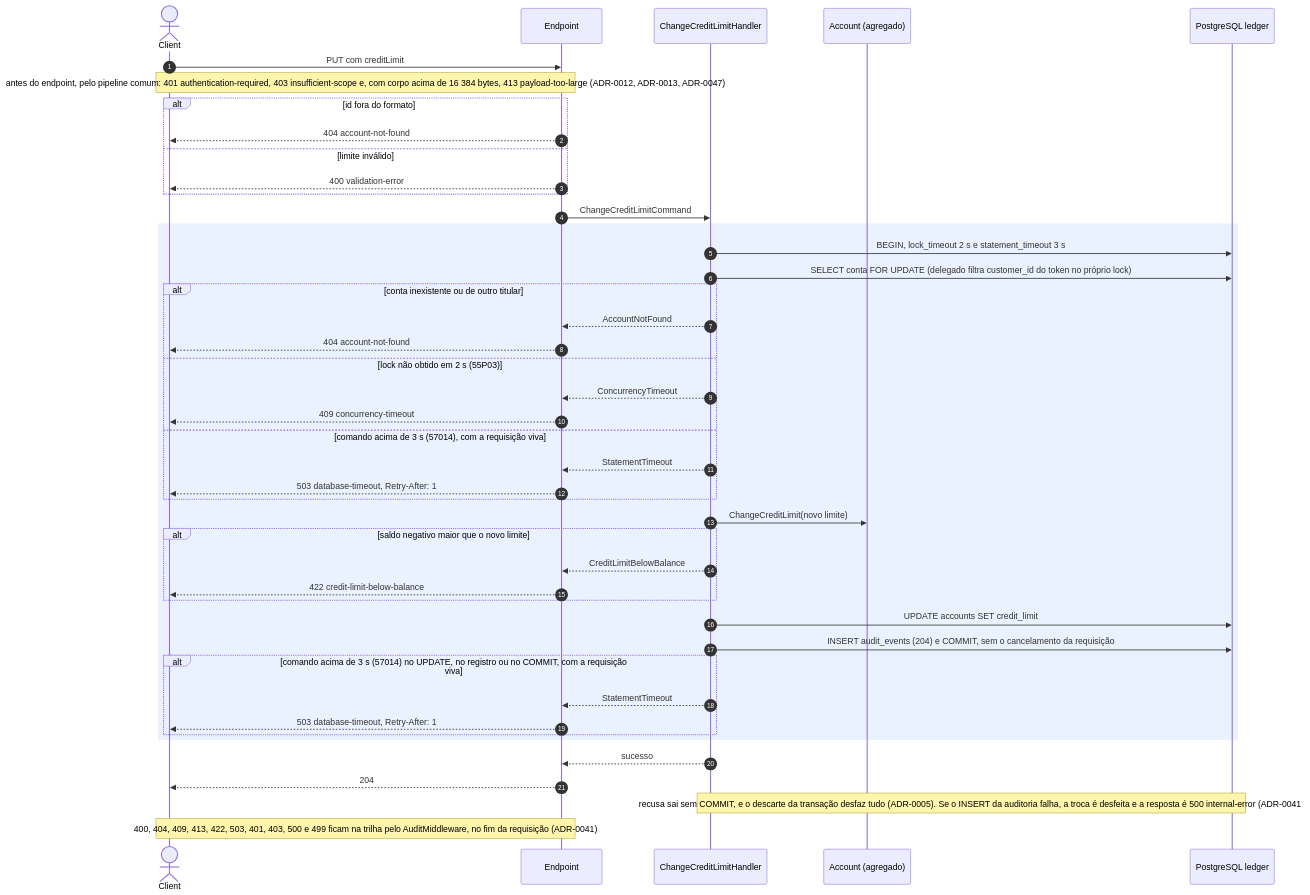
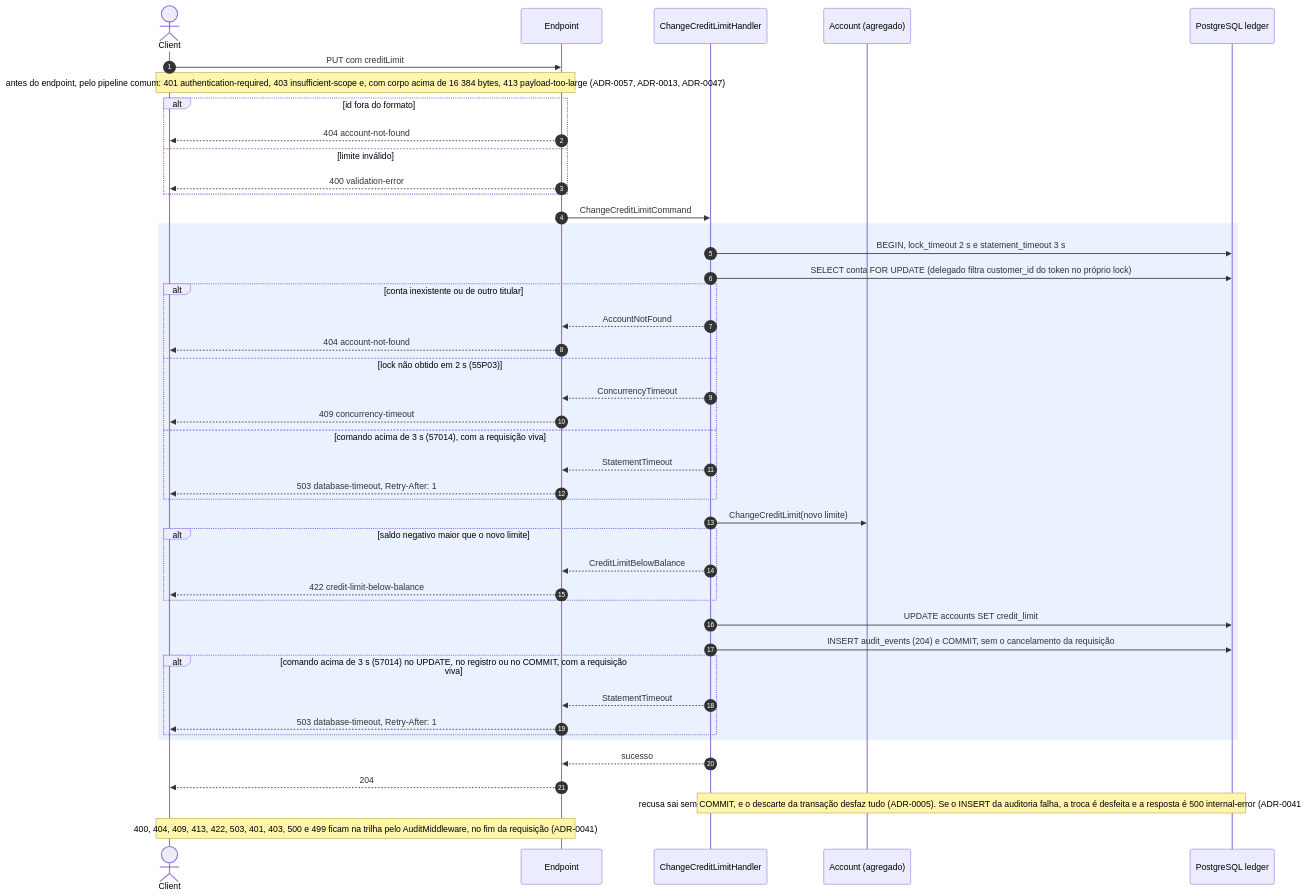
One commit to arthuurw/desafio-arquiteto-keyrus changed the fourth of 8 diagrams in docs/arquitetura/fluxos-ledger.md. Above: the diagram before and after it, drawn with Mermaid. The commit also changed other lines of this file and 25 other files, not shown here.

````diff
--- a/docs/arquitetura/fluxos-ledger.md
+++ b/docs/arquitetura/fluxos-ledger.md
@@ -181,47 +181,47 @@
 ```mermaid
 sequenceDiagram
   autonumber
   actor C as Client
   participant E as Endpoint
   participant H as ChangeCreditLimitHandler
   participant A as Account (agregado)
   participant DB as PostgreSQL ledger
 
   C->>E: PUT com creditLimit
-  Note over C,E: antes do endpoint, pelo pipeline comum: 401 authentication-required, 403 insufficient-scope e, com corpo acima de 16 384 bytes, 413 payload-too-large (ADR-0012, ADR-0013, ADR-0047)
+  Note over C,E: antes do endpoint, pelo pipeline comum: 401 authentication-required, 403 insufficient-scope e, com corpo acima de 16 384 bytes, 413 payload-too-large (ADR-0057, ADR-0013, ADR-0047)
   alt id fora do formato
     E-->>C: 404 account-not-found
   else limite inválido
     E-->>C: 400 validation-error
   end
   E->>H: ChangeCreditLimitCommand
   rect rgba(80, 140, 255, 0.12)
     H->>DB: BEGIN, lock_timeout 2 s e statement_timeout 3 s
     H->>DB: SELECT conta FOR UPDATE (delegado filtra customer_id do token no próprio lock)
     alt conta inexistente ou de outro titular
       H-->>E: AccountNotFound
       E-->>C: 404 account-not-found
     else lock não obtido em 2 s (55P03)
       H-->>E: ConcurrencyTimeout
       E-->>C: 409 concurrency-timeout
     else comando acima de 3 s (57014), com a requisição viva
       H-->>E: StatementTimeout
       E-->>C: 503 database-timeout, Retry-After: 1
     end
     H->>A: ChangeCreditLimit(novo limite)
     alt saldo negativo maior que o novo limite
       H-->>E: CreditLimitBelowBalance
       E-->>C: 422 credit-limit-below-balance
     end
     H->>DB: UPDATE accounts SET credit_limit
     H->>DB: INSERT audit_events (204) e COMMIT, sem o cancelamento da requisição
     alt comando acima de 3 s (57014) no UPDATE, no registro ou no COMMIT, com a requisição viva
       H-->>E: StatementTimeout
       E-->>C: 503 database-timeout, Retry-After: 1
     end
   end
   H-->>E: sucesso
   E-->>C: 204
   Note over H,DB: recusa sai sem COMMIT, e o descarte da transação desfaz tudo (ADR-0005). Se o INSERT da auditoria falha, a troca é desfeita e a resposta é 500 internal-error (ADR-0041)
   Note over C,E: 400, 404, 409, 413, 422, 503, 401, 403, 500 e 499 ficam na trilha pelo AuditMiddleware, no fim da requisição (ADR-0041)
 ```
````
